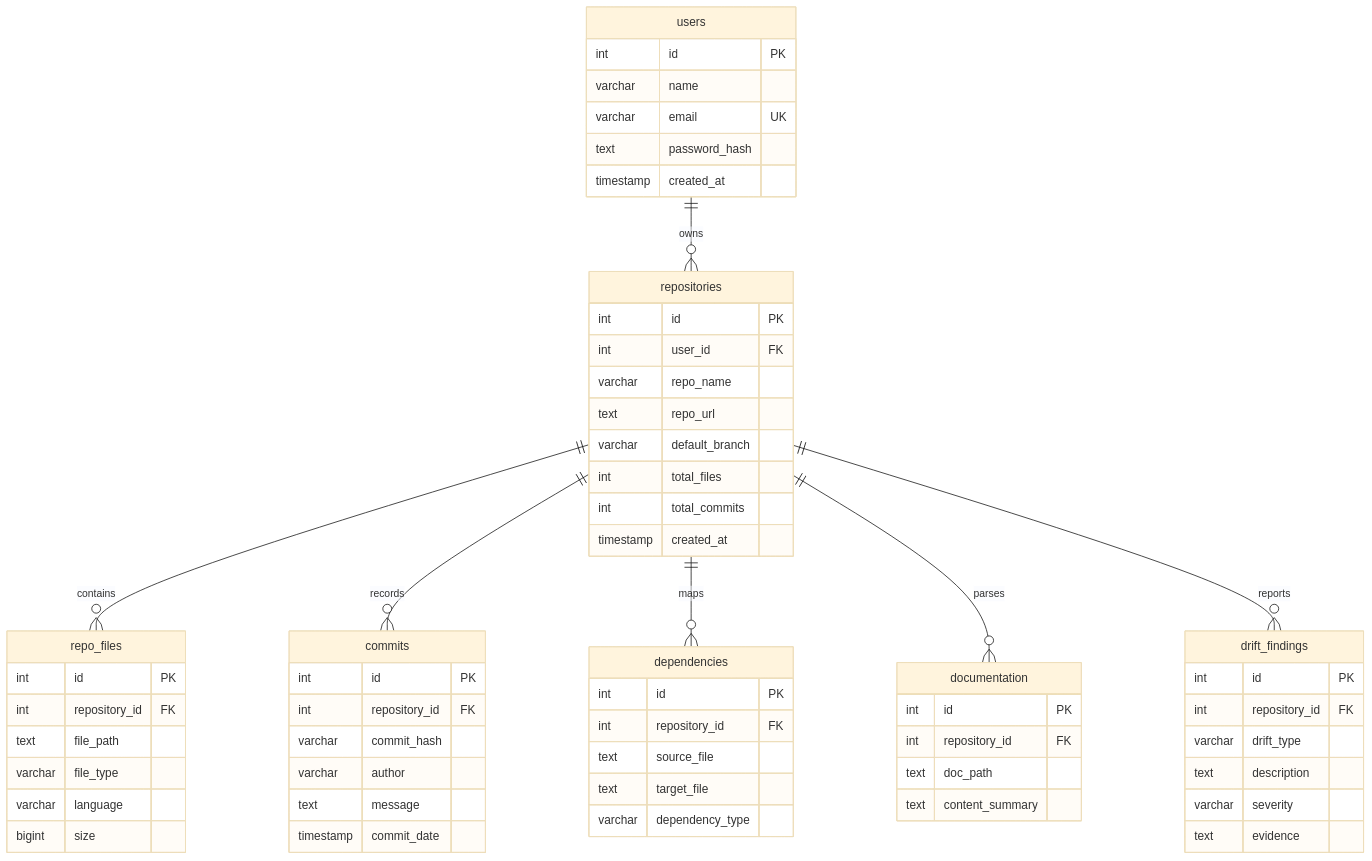
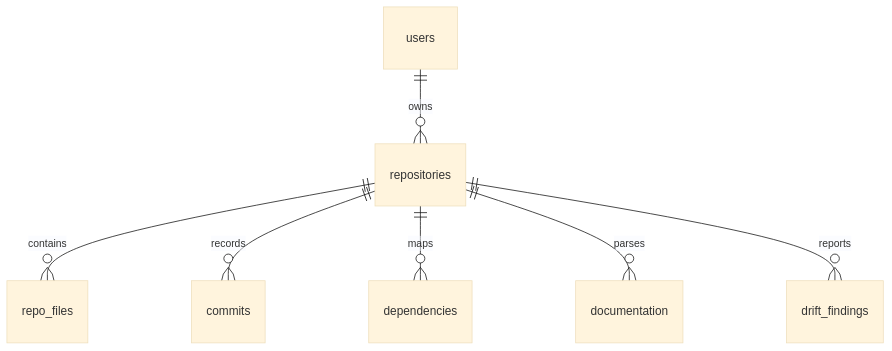
Before and after one commit to zs0c131y/CodePulse: the diagram in docs/database/DATABASE.md, drawn with Mermaid (base theme). The commit also changed other lines of this file and 36 other files, not shown here.

````diff
--- a/docs/database/DATABASE.md
+++ b/docs/database/DATABASE.md
@@ -22,70 +29,9 @@
 ```mermaid
 erDiagram
     users ||--o{ repositories : owns
     repositories ||--o{ repo_files : contains
     repositories ||--o{ commits : records
     repositories ||--o{ dependencies : maps
     repositories ||--o{ documentation : parses
     repositories ||--o{ drift_findings : reports
-    
-    users {
-        int id PK
-        varchar name
-        varchar email UK
-        text password_hash
-        timestamp created_at
-    }
-
-    repositories {
-        int id PK
-        int user_id FK
-        varchar repo_name
-        text repo_url
-        varchar default_branch
-        int total_files
-        int total_commits
-        timestamp created_at
-    }
-
-    repo_files {
-        int id PK
-        int repository_id FK
-        text file_path
-        varchar file_type
-        varchar language
-        bigint size
-    }
-
-    commits {
-        int id PK
-        int repository_id FK
-        varchar commit_hash
-        varchar author
-        text message
-        timestamp commit_date
-    }
-
-    dependencies {
-        int id PK
-        int repository_id FK
-        text source_file
-        text target_file
-        varchar dependency_type
-    }
-
-    documentation {
-        int id PK
-        int repository_id FK
-        text doc_path
-        text content_summary
-    }
-
-    drift_findings {
-        int id PK
-        int repository_id FK
-        varchar drift_type
-        text description
-        varchar severity
-        text evidence
-    }
 ```
````
